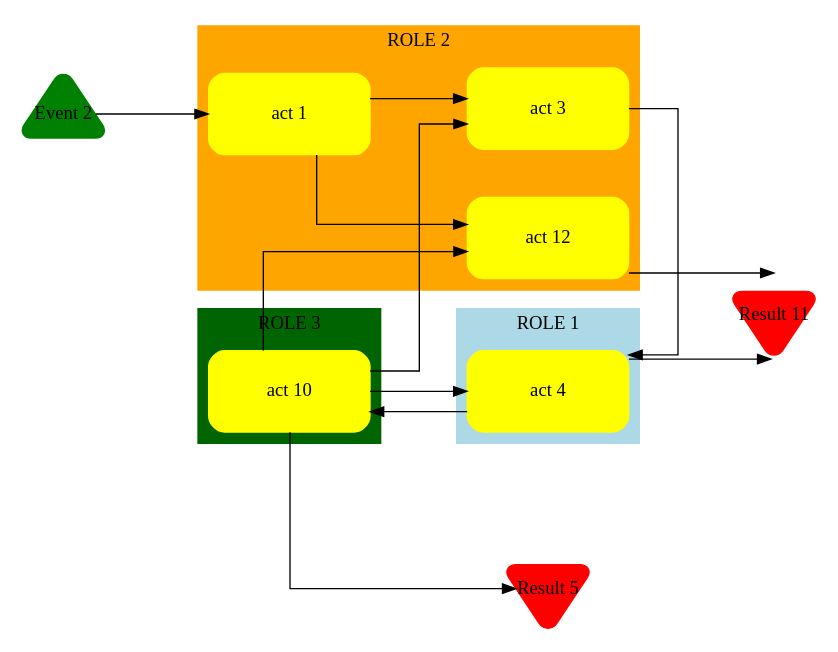
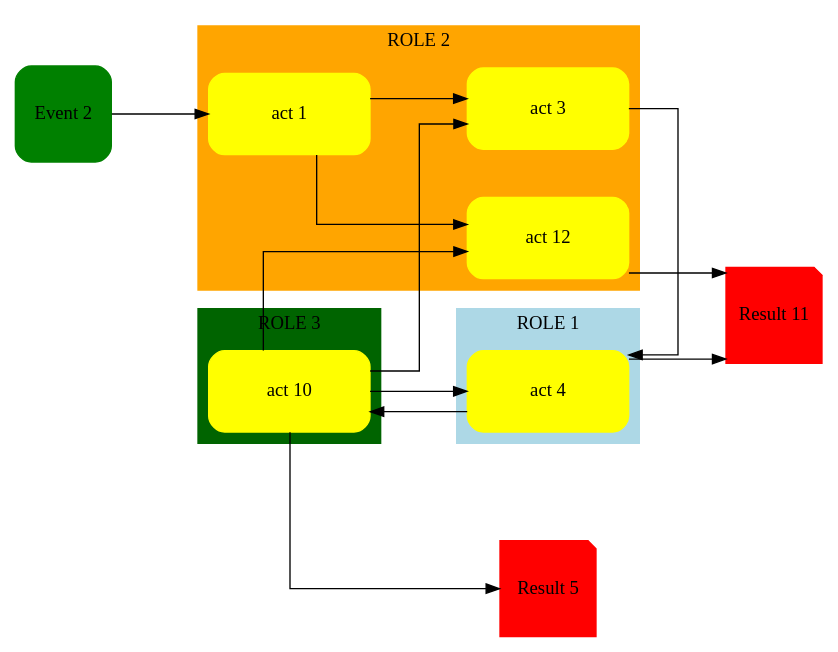
Before and after one commit to ggojard/swimy: the diagram in input/input_boucle.dot, drawn with Graphviz. The commit also changed 14 other files, not shown here.

```diff
--- a/input/input_boucle.dot
+++ b/input/input_boucle.dot
@@ -1,41 +1,41 @@
 digraph diagram24 {
 
  /*
  dot input.dot | gvpr -c -fswimy.g | neato -n2 -Tpng > output.png
  dot input.dot | gvpr -c -fswimy.g | neato -n2 > output.dot
  */
 
 rankdir=LR;overlap=scalexy;splines=ortho;sep=1;nodesep=0.5;
 /*rankdir=TB;overlap=scalexy;splines=ortho;sep=1;nodesep=1;*/
 
 node[fontsize=14.0]
 
 subgraph cluster_8 { label="ROLE 1";style=filled;color=lightblue;4}
 subgraph cluster_7 { label="ROLE 2";style=filled;color=orange;1;3;12}
 subgraph cluster_9 { label="ROLE 3";style=filled;color=darkgreen;10}
-
+/*subgraph cluster_10 { label="ROLE 4";style=filled;color=pink;10}*/
 
 "4"  [label="act 4"; shape=box,style="rounded,filled",color=yellow,fixedsize=true,width=1.6806,height=0.84722]
 "1"  [label="act 1"; shape=box,style="rounded,filled",color=yellow,fixedsize=true,width=1.6806,height=0.84722]
 "3"  [label="act 3"; shape=box,style="rounded,filled",color=yellow,fixedsize=true,width=1.6806,height=0.84722]
 "10" [label="act 10"; shape=box,style="rounded,filled",color=yellow,fixedsize=true,width=1.6806,height=0.84722]
 "12" [label="act 12"; shape=box,style="rounded,filled",color=yellow,fixedsize=true,width=1.6806,height=0.84722]
-"5"  [label="Result 5"; shape=invtriangle,fixedsize=true,width=1.0,height=1.0,style="rounded,filled",color=red]
-"2"  [label="Event 2"; shape=triangle,fixedsize=true,width=1.0,height=1.0,style="rounded,filled",color=green]
-"11" [label="Result 11"; shape=invtriangle,fixedsize=true,width=1.0,height=1.0,style="rounded,filled",color=red]
+"5"  [label="Result 5"; shape=note,fixedsize=true,width=1.0,height=1.0,style="rounded,filled",color=red]
+"2"  [label="Event 2"; shape=rect,fixedsize=true,width=1.0,height=1.0,style="rounded,filled",color=green]
+"11" [label="Result 11"; shape=note,fixedsize=true,width=1.0,height=1.0,style="rounded,filled",color=red]
 
 "1" -> "3"  [minlen=2.0];
 "4" -> "10" [minlen=2.0];
 "3" -> "4"  [minlen=2.0];
 "10" -> "5" [minlen=2.0];
 "2" -> "1"  [minlen=2.0];
 "4" -> "11" [minlen=2.0];
 "1" -> "12" [minlen=2.0];
 "12" -> "11" [minlen=2.0];
 
 /* LOOP */
 "10" -> "3" [minlen=2.0];
 "10" -> "4" [minlen=2.0];
 "10" -> "12" [minlen=2.0];
 
 }
```
